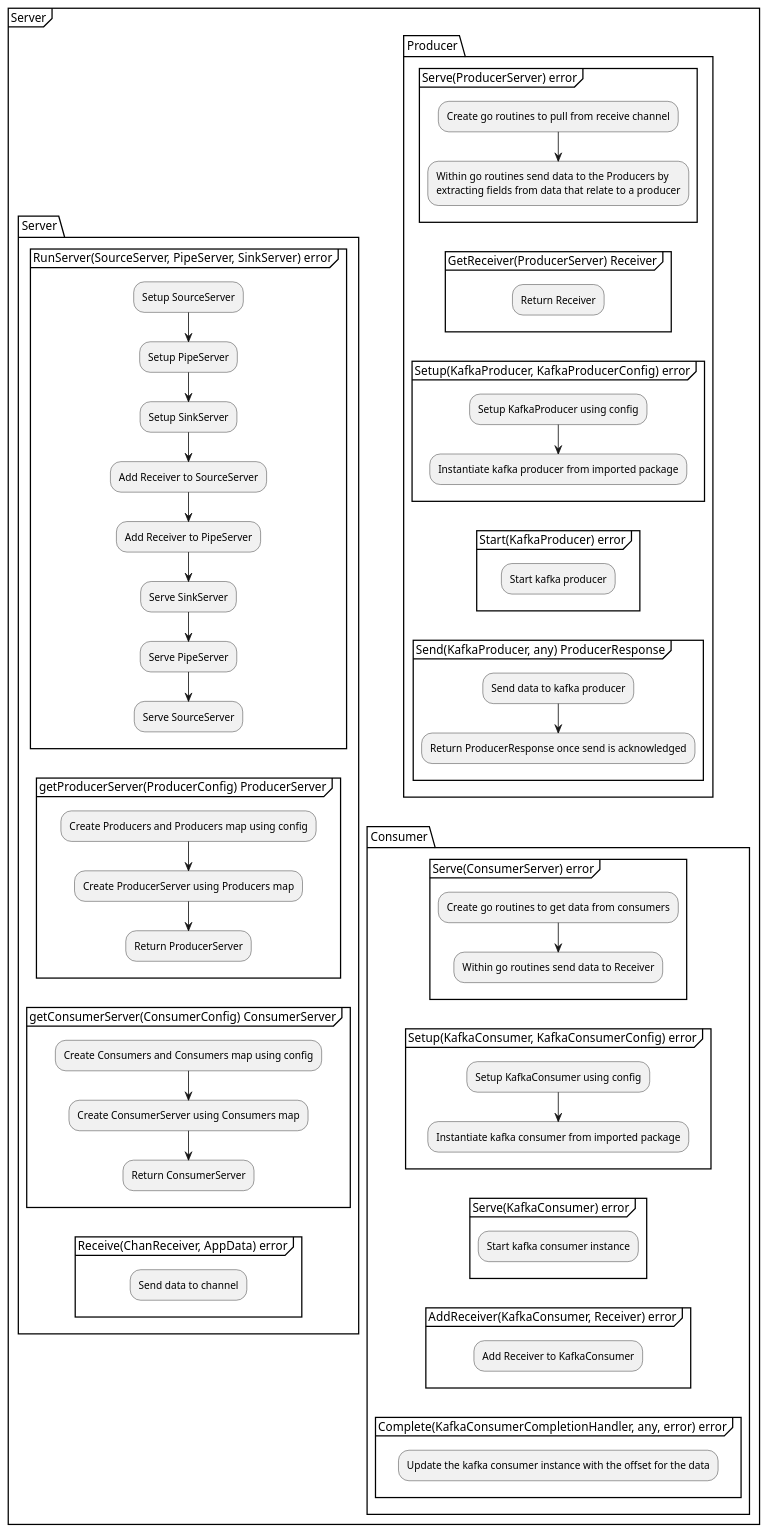
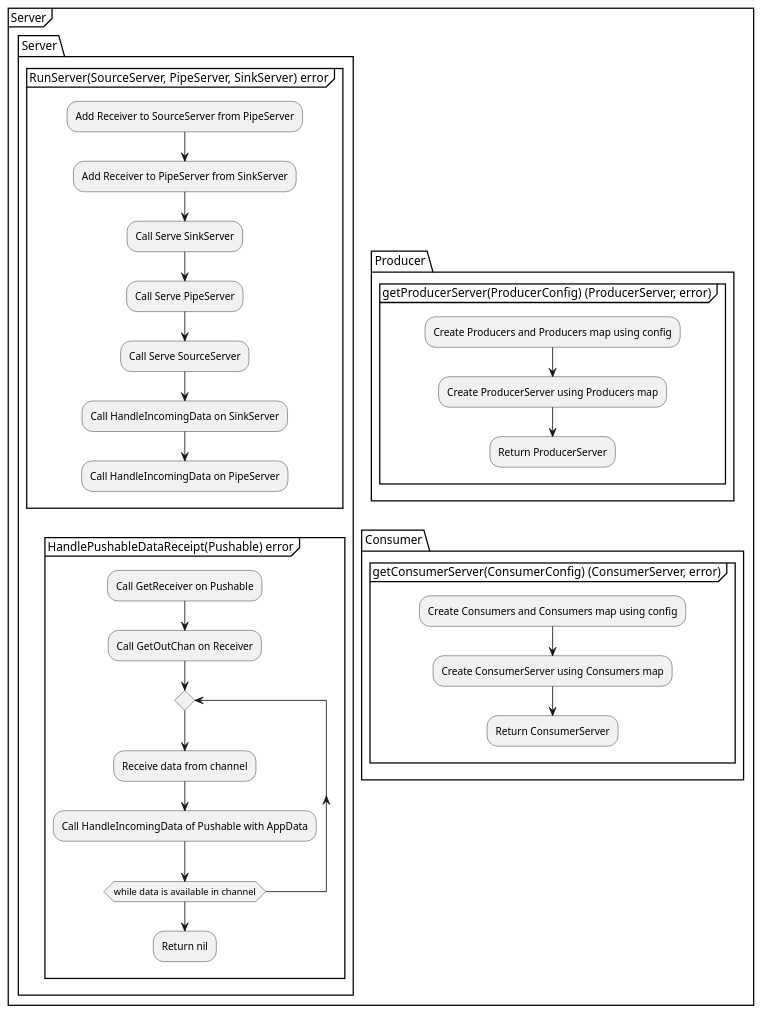
The diagram in docs/design_notes/DN1_JSON_Extractor/implementation_server.puml (xtuml/otel2pv), drawn with PlantUML before and after one commit. The commit also changed 4 other files, not shown here.

```diff
--- a/docs/design_notes/DN1_JSON_Extractor/implementation_server.puml
+++ b/docs/design_notes/DN1_JSON_Extractor/implementation_server.puml
@@ -1,87 +1,47 @@
 @startuml
     partition Server {
         split
         -[hidden]->
         package Server {
             group RunServer(SourceServer, PipeServer, SinkServer) error {
-                :Setup SourceServer;
-                :Setup PipeServer;
-                :Setup SinkServer;
-                :Add Receiver to SourceServer;
-                :Add Receiver to PipeServer;
-                :Serve SinkServer;
-                :Serve PipeServer;
-                :Serve SourceServer;
+                :Add Receiver to SourceServer from PipeServer;
+                :Add Receiver to PipeServer from SinkServer;
+                :Call Serve SinkServer;
+                :Call Serve PipeServer;
+                :Call Serve SourceServer;
+                :Call HandleIncomingData on SinkServer;
+                :Call HandleIncomingData on PipeServer;
                 detach
             }
-            group getProducerServer(ProducerConfig) ProducerServer {
-                :Create Producers and Producers map using config;
-                :Create ProducerServer using Producers map;
-                :Return ProducerServer;
-                detach
-            }
-            group getConsumerServer(ConsumerConfig) ConsumerServer {
-                :Create Consumers and Consumers map using config;
-                :Create ConsumerServer using Consumers map;
-                :Return ConsumerServer;
-                detach
-            }
-            group Receive(ChanReceiver, AppData) error {
-                :Send data to channel;
+            group HandlePushableDataReceipt(Pushable) error {
+                :Call GetReceiver on Pushable;
+                :Call GetOutChan on Receiver;
+                repeat
+                    :Receive data from channel;
+                    :Call HandleIncomingData of Pushable with AppData;
+                repeat while (while data is available in channel)
+                :Return nil;
                 detach
             }
         }
         split again
         -[hidden]->
         package Producer {
-            group Serve(ProducerServer) error {
-                :Create go routines to pull from receive channel;
-                :Within go routines send data to the Producers by\nextracting fields from data that relate to a producer;
-                detach
-            }
-            group GetReceiver(ProducerServer) Receiver {
-                :Return Receiver;
-                detach
-            }
-            group Setup(KafkaProducer, KafkaProducerConfig) error {
-                :Setup KafkaProducer using config;
-                :Instantiate kafka producer from imported package;
-                detach
-            }
-            group Start(KafkaProducer) error {
-                :Start kafka producer;
-                detach
-            }
-            group Send(KafkaProducer, any) ProducerResponse {
-                :Send data to kafka producer;
-                :Return ProducerResponse once send is acknowledged;
+            group getProducerServer(ProducerConfig) (ProducerServer, error) {
+                :Create Producers and Producers map using config;
+                :Create ProducerServer using Producers map;
+                :Return ProducerServer;
                 detach
             }
         }
         package Consumer {
-            group Serve(ConsumerServer) error {
-                :Create go routines to get data from consumers;
-                :Within go routines send data to Receiver;
-                detach
-            }
-            group Setup(KafkaConsumer, KafkaConsumerConfig) error {
-                :Setup KafkaConsumer using config;
-                :Instantiate kafka consumer from imported package;
-                detach
-            }
-            group Serve(KafkaConsumer) error {
-                :Start kafka consumer instance;
-                detach
-            }
-            group AddReceiver(KafkaConsumer, Receiver) error {
-                :Add Receiver to KafkaConsumer;
-                detach
-            }
-            group Complete(KafkaConsumerCompletionHandler, any, error) error {
-                :Update the kafka consumer instance with the offset for the data;
+            group getConsumerServer(ConsumerConfig) (ConsumerServer, error) {
+                :Create Consumers and Consumers map using config;
+                :Create ConsumerServer using Consumers map;
+                :Return ConsumerServer;
                 detach
             }
         }
         end split
     }
 @enduml
```
